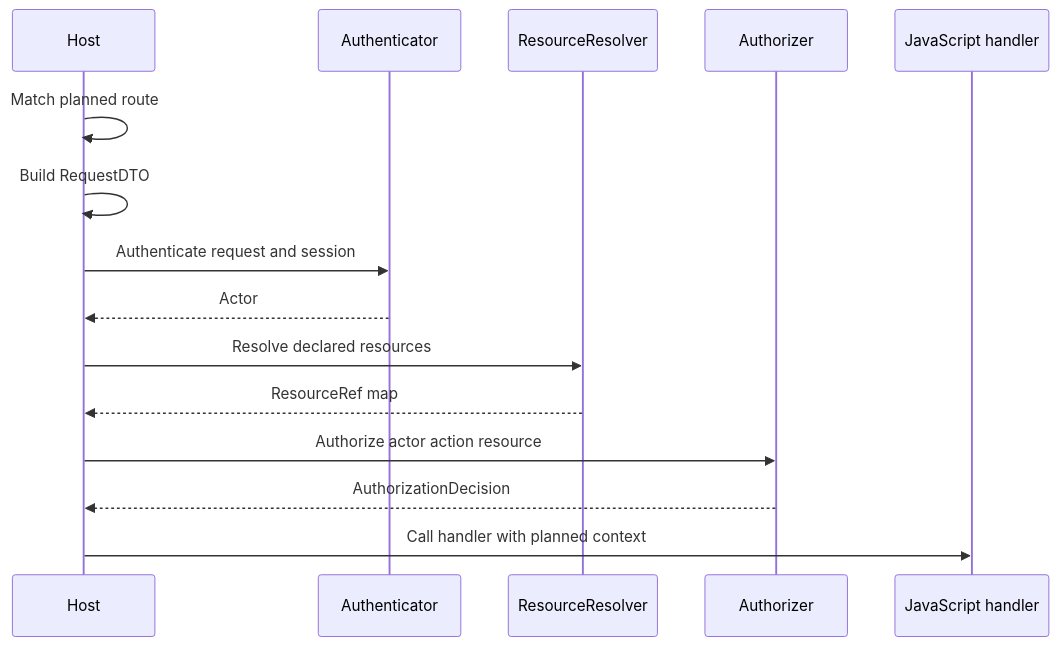
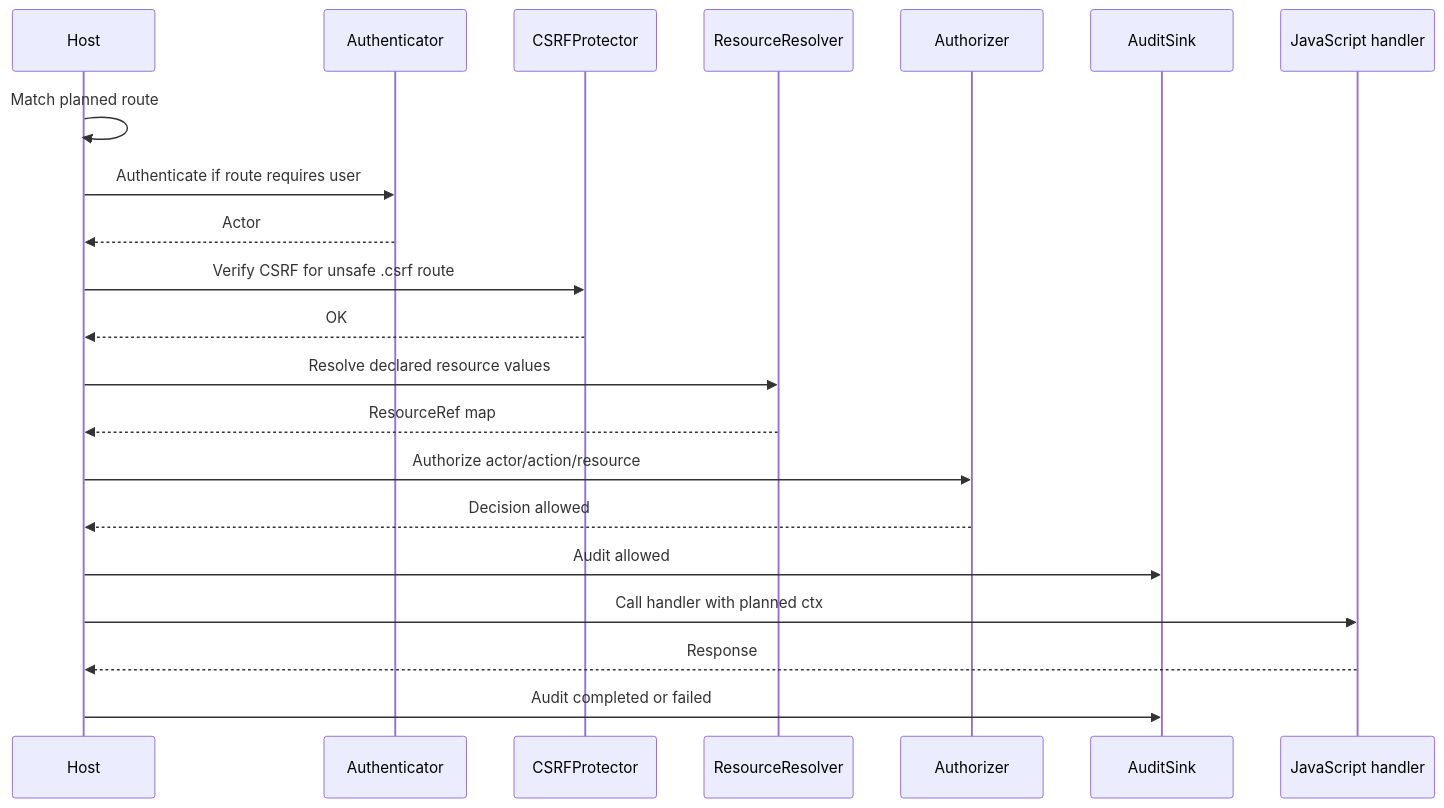
One commit to go-go-golems/go-go-parc changed the second of 2 diagrams in Projects/2026/06/12/ARTICLE - go-go-goja Express Auth - Go Backed Fluent Route Plans.md. Above: the diagram before and after it, drawn with Mermaid. The commit also changed other lines of this file, not shown here.

````diff
--- a/Projects/2026/06/12/ARTICLE - go-go-goja Express Auth - Go Backed Fluent Route Plans.md
+++ b/Projects/2026/06/12/ARTICLE - go-go-goja Express Auth - Go Backed Fluent Route Plans.md
@@ -317,18 +233,24 @@
 ```mermaid
 sequenceDiagram
   participant H as Host
   participant A as Authenticator
+  participant C as CSRFProtector
   participant R as ResourceResolver
   participant P as Authorizer
+  participant S as AuditSink
   participant J as JavaScript handler
 
   H->>H: Match planned route
-  H->>H: Build RequestDTO
-  H->>A: Authenticate request and session
+  H->>A: Authenticate if route requires user
   A-->>H: Actor
-  H->>R: Resolve declared resources
+  H->>C: Verify CSRF for unsafe .csrf route
+  C-->>H: OK
+  H->>R: Resolve declared resource values
   R-->>H: ResourceRef map
-  H->>P: Authorize actor action resource
-  P-->>H: AuthorizationDecision
-  H->>J: Call handler with planned context
+  H->>P: Authorize actor/action/resource
+  P-->>H: Decision allowed
+  H->>S: Audit allowed
+  H->>J: Call handler with planned ctx
+  J-->>H: Response
+  H->>S: Audit completed or failed
 ```
````
